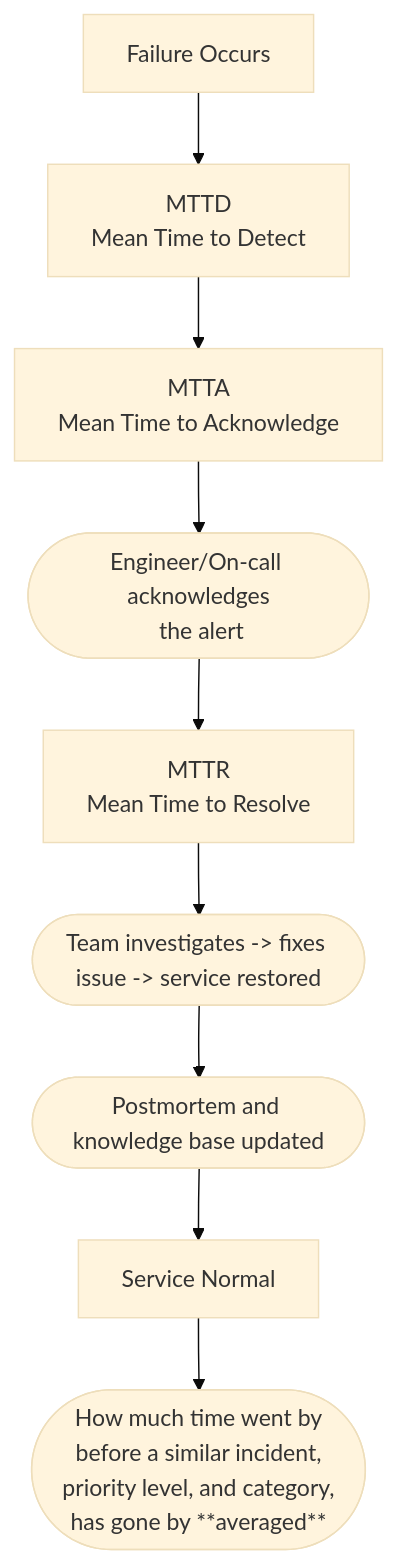
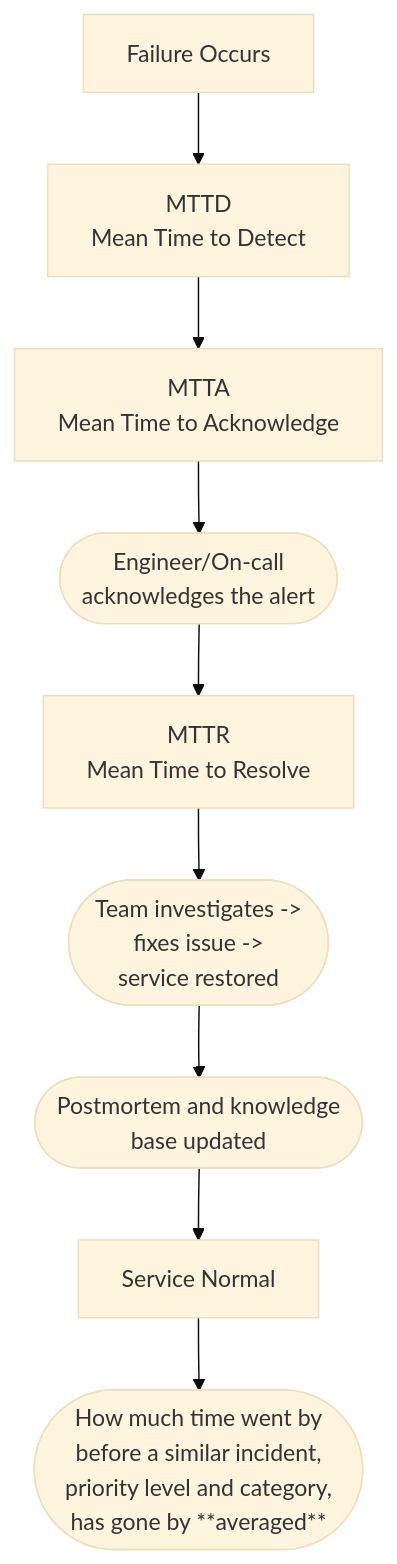
The diagram in Linux/3.4.4-Incident_Lifecycle_Timeline.md (DHunnicuttSG/SRE), drawn with Mermaid (base theme) before and after one commit.

````diff
--- a/Linux/3.4.4-Incident_Lifecycle_Timeline.md
+++ b/Linux/3.4.4-Incident_Lifecycle_Timeline.md
@@ -5,12 +5,12 @@
 ```mermaid
 flowchart TD
     A[Failure Occurs] --> B[MTTD<br/>Mean Time to Detect]
     B --> C[MTTA<br/>Mean Time to Acknowledge]
-    C --> D([Engineer/On-call acknowledges<br/> the alert])
+    C --> D([Engineer/On-call<br>acknowledges the alert])
     D --> E[MTTR<br/>Mean Time to Resolve]
-    E --> F([Team investigates -> fixes issue -> service restored])
-    F --> G([Postmortem and knowledge base updated])
+    E --> F([Team investigates -> <br/>fixes issue -> <br/>service restored])
+    F --> G([Postmortem and knowledge<br/> base updated])
     G --> H[Service Normal]
-    H --> I([How much time went by <br/>before a similar incident, <br/> priority level, and category, <br/>has gone by **averaged**])
+    H --> I([How much time went by <br/>before a similar incident, <br/> priority level and category, <br/>has gone by **averaged**])
 
 ```
````
